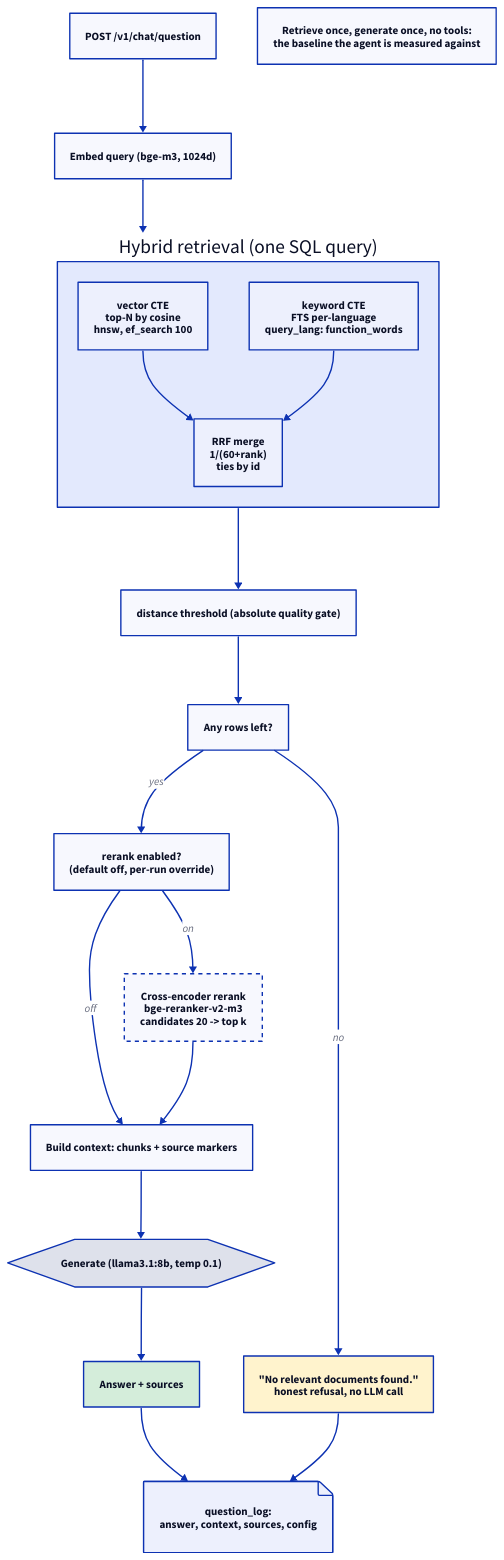
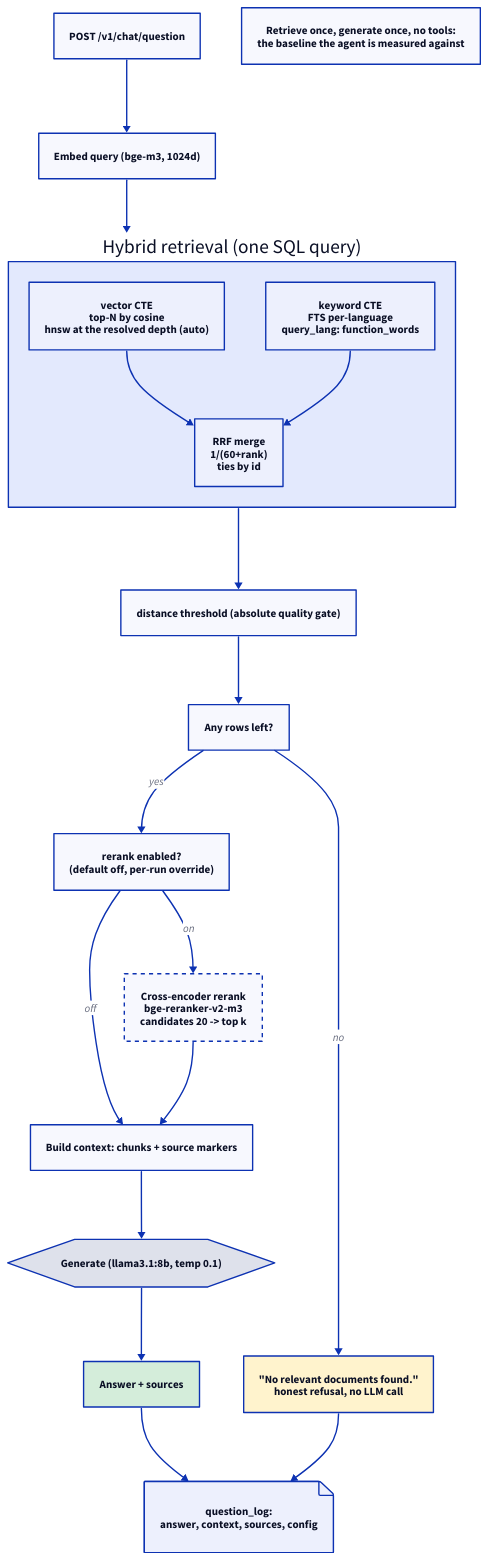
Before and after one commit to rikitikitav1/rag-lab: the diagram in docs/diagrams/single_shot_flow.d2, drawn with D2. The commit also changed 8 other files, not shown here.

```diff
--- a/docs/diagrams/single_shot_flow.d2
+++ b/docs/diagrams/single_shot_flow.d2
@@ -1,47 +1,47 @@
 direction: down
 
 q: POST /v1/chat/question
 embed: "Embed query (bge-m3, 1024d)"
 
 retrieval: Hybrid retrieval (one SQL query) {
   direction: right
-  vector: vector CTE\ntop-N by cosine\nhnsw, ef_search 100
+  vector: vector CTE\ntop-N by cosine\nhnsw at the resolved depth (auto)
   keyword: keyword CTE\nFTS per-language\nquery_lang: function_words
   rrf: "RRF merge\n1/(60+rank)\nties by id"
   vector -> rrf
   keyword -> rrf
 }
 
 threshold: "distance threshold (absolute quality gate)"
 gate: Any rows left?
 
 rerank_q: "rerank enabled?\n(default off, per-run override)"
 rerank: Cross-encoder rerank\nbge-reranker-v2-m3\ncandidates 20 -> top k {
   style.stroke-dash: 3
 }
 
 ctx: "Build context: chunks + source markers"
 gen: "Generate (llama3.1:8b, temp 0.1)" {
   shape: hexagon
 }
 answer: Answer + sources {
   style.fill: "#d4edda"
 }
 refuse: "\"No relevant documents found.\"\nhonest refusal, no LLM call" {
   style.fill: "#fff3cd"
 }
 log: question_log:\nanswer, context, sources, config {
   shape: page
 }
 
 q -> embed -> retrieval -> threshold -> gate
 gate -> refuse: no
 gate -> rerank_q: yes
 rerank_q -> rerank: on
 rerank_q -> ctx: off
 rerank -> ctx
 ctx -> gen -> answer
 answer -> log
 refuse -> log
 
 note: "Retrieve once, generate once, no tools:\nthe baseline the agent is measured against"
```
